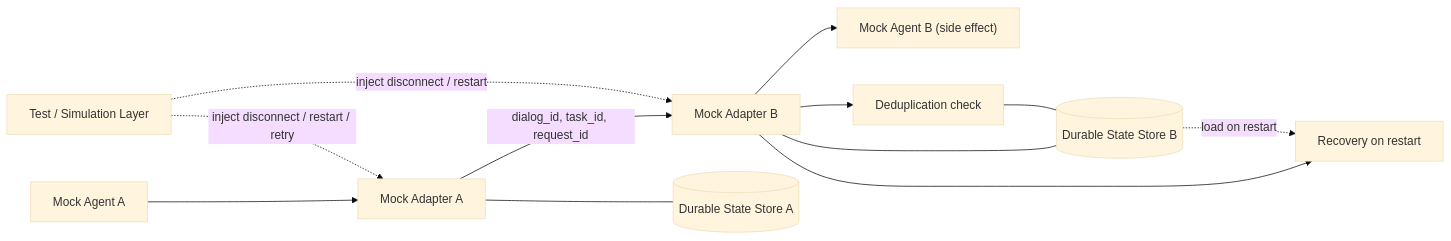
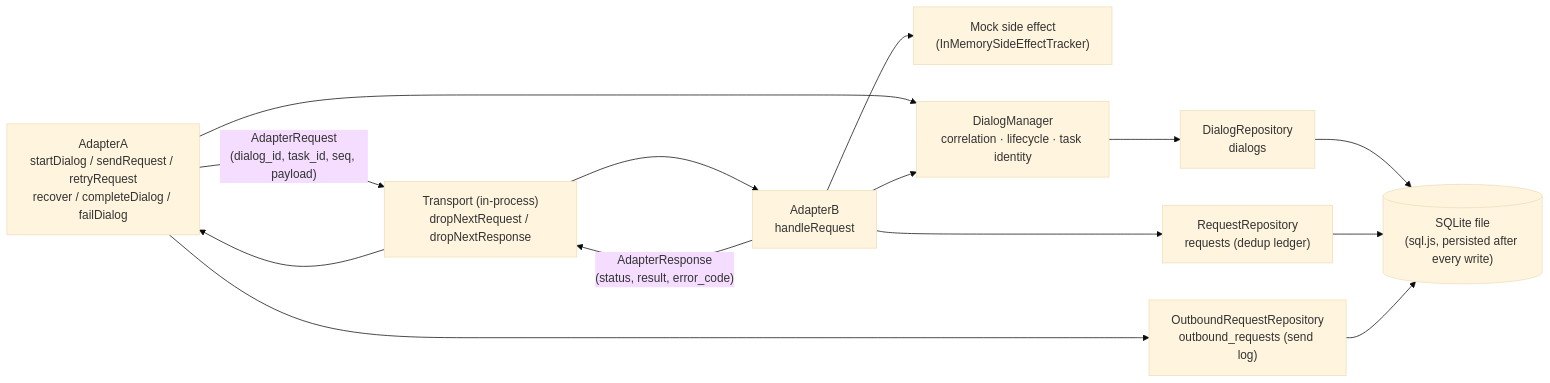
Before and after one commit to anuragyy403/A3-PS021-TC405: the first of 4 diagrams in README.md, drawn with Mermaid (base theme). The commit also changed other lines of this file and 12 other files, not shown here.

Commit message:
docs: Phase 4 — align README/KIRO with implementation, add experimental schema

````diff
--- a/README.md
+++ b/README.md
@@ -290,17 +300,28 @@
 ```mermaid
 flowchart LR
-    AgentA["Mock Agent A"] --> AdA["Mock Adapter A"]
-    AdA -- "dialog_id, task_id, request_id" --> AdB["Mock Adapter B"]
-    AdB --> AgentB["Mock Agent B (side effect)"]
+    AdA["AdapterA<br/>startDialog / sendRequest / retryRequest<br/>recover / completeDialog / failDialog"]
+    T["Transport (in-process)<br/>dropNextRequest / dropNextResponse"]
+    AdB["AdapterB<br/>handleRequest"]
+    SE["Mock side effect<br/>(InMemorySideEffectTracker)"]
 
-    AdA --- SA[("Durable State Store A")]
-    AdB --- SB[("Durable State Store B")]
+    DM["DialogManager<br/>correlation · lifecycle · task identity"]
+    DR["DialogRepository<br/>dialogs"]
+    RR["RequestRepository<br/>requests (dedup ledger)"]
+    OR["OutboundRequestRepository<br/>outbound_requests (send log)"]
+    DB[("SQLite file<br/>(sql.js, persisted after every write)")]
 
-    AdB --> DD["Deduplication check"]
-    AdB --> RC["Recovery on restart"]
-    SB -. "load on restart" .-> RC
-    DD --- SB
+    AdA -- "AdapterRequest<br/>(dialog_id, task_id, seq, payload)" --> T
+    T --> AdB
+    AdB -- "AdapterResponse<br/>(status, result, error_code)" --> T
+    T --> AdA
+    AdB --> SE
 
-    Sim["Test / Simulation Layer"] -. "inject disconnect / restart / retry" .-> AdA
-    Sim -. "inject disconnect / restart" .-> AdB
+    AdA --> DM
+    AdA --> OR
+    AdB --> DM
+    AdB --> RR
+    DM --> DR
+    DR --> DB
+    RR --> DB
+    OR --> DB
 ```
````
